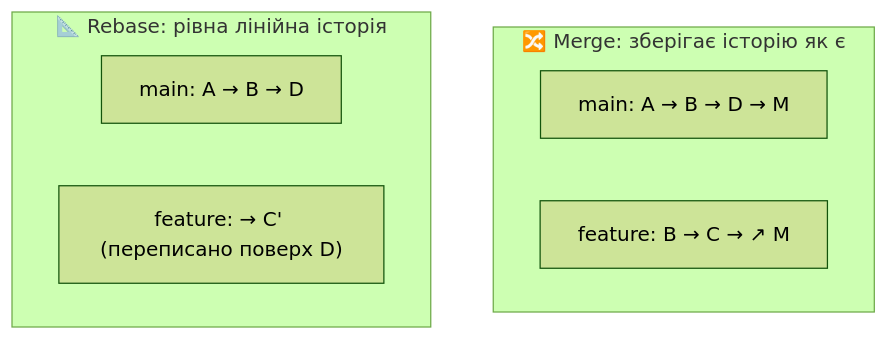
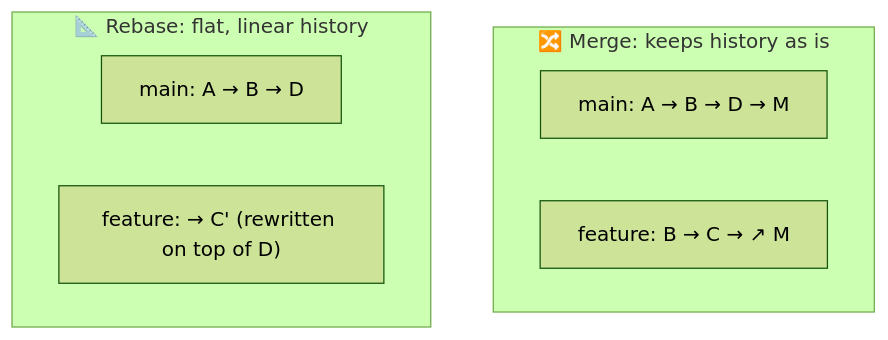
Before and after one commit to andriyevski/python-learning-portfolio: the fifth of 14 diagrams in git_commands.md, drawn with Mermaid (forest theme). The commit also changed other lines of this file and 3 other files, not shown here.

````diff
--- a/git_commands.md
+++ b/git_commands.md
@@ -264,11 +264,11 @@
 ```mermaid
 graph TD
-    subgraph MERGE["🔀 Merge: зберігає історію як є"]
+    subgraph MERGE["🔀 Merge: keeps history as is"]
         M1["main: A → B → D → M"]
         M2["feature: B → C → ↗ M"]
     end
-    subgraph REBASE["📐 Rebase: рівна лінійна історія"]
+    subgraph REBASE["📐 Rebase: flat, linear history"]
         R1["main: A → B → D"]
-        R2["feature: → C' (переписано поверх D)"]
+        R2["feature: → C' (rewritten on top of D)"]
     end
 ```
````
